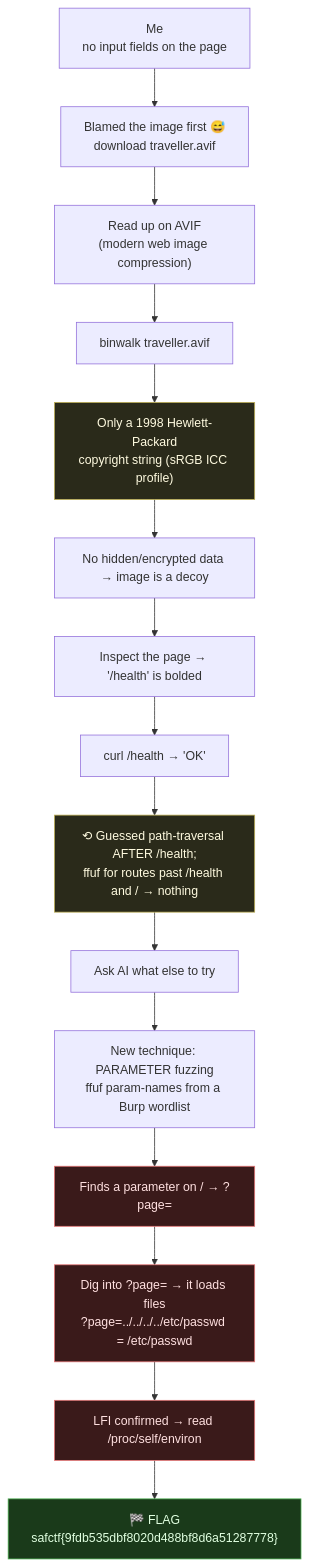
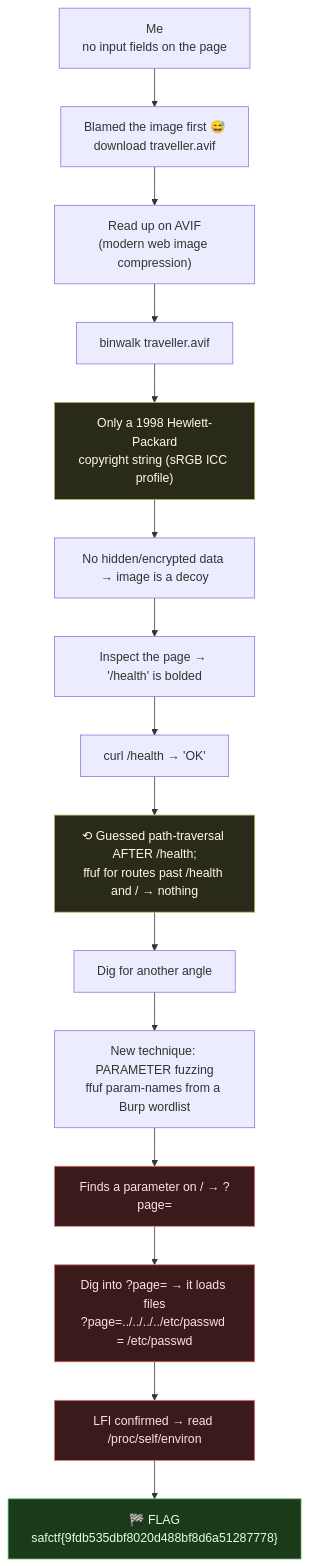
One commit to Theoriest/pwnzwn changed the diagram in writeups/sidequest-page-lfi-writeup.md. Above: the diagram before and after it, drawn with Mermaid. The commit also changed other lines of this file and 21 other files, not shown here.

````diff
--- a/writeups/sidequest-page-lfi-writeup.md
+++ b/writeups/sidequest-page-lfi-writeup.md
@@ -34,24 +34,24 @@
 ```mermaid
 flowchart TD
     A["Me<br/>no input fields on the page"] --> B["Blamed the image first 😅<br/>download traveller.avif"]
     B --> C["Read up on AVIF<br/>(modern web image compression)"]
     C --> D["binwalk traveller.avif"]
     D --> E["Only a 1998 Hewlett-Packard<br/>copyright string (sRGB ICC profile)"]:::decoy
     E --> F["No hidden/encrypted data → image is a decoy"]
 
     F --> G["Inspect the page → '/health' is bolded"]
     G --> H["curl /health → 'OK'"]
     H --> W1["⟲ Guessed path-traversal AFTER /health;<br/>ffuf for routes past /health and / → nothing"]:::decoy
-    W1 --> I["Ask AI what else to try"]
+    W1 --> I["Dig for another angle"]
     I --> J["New technique: PARAMETER fuzzing<br/>ffuf param-names from a Burp wordlist"]
     J --> K["Finds a parameter on / → ?page="]
     K --> L["Dig into ?page= → it loads files<br/>?page=../../../../etc/passwd = /etc/passwd"]
     L --> M["LFI confirmed → read /proc/self/environ"]
     M --> R["🏁 FLAG<br/>safctf{9fdb535dbf8020d488bf8d6a51287778}"]
 
     classDef flag fill:#1a3a1a,stroke:#4caf50,color:#e0ffe0;
     classDef vuln fill:#3a1a1a,stroke:#e57373,color:#ffe0e0;
     classDef decoy fill:#2a2a1a,stroke:#bdae53,color:#fffbe0;
     class R flag;
     class K,L,M vuln;
 ```
````
